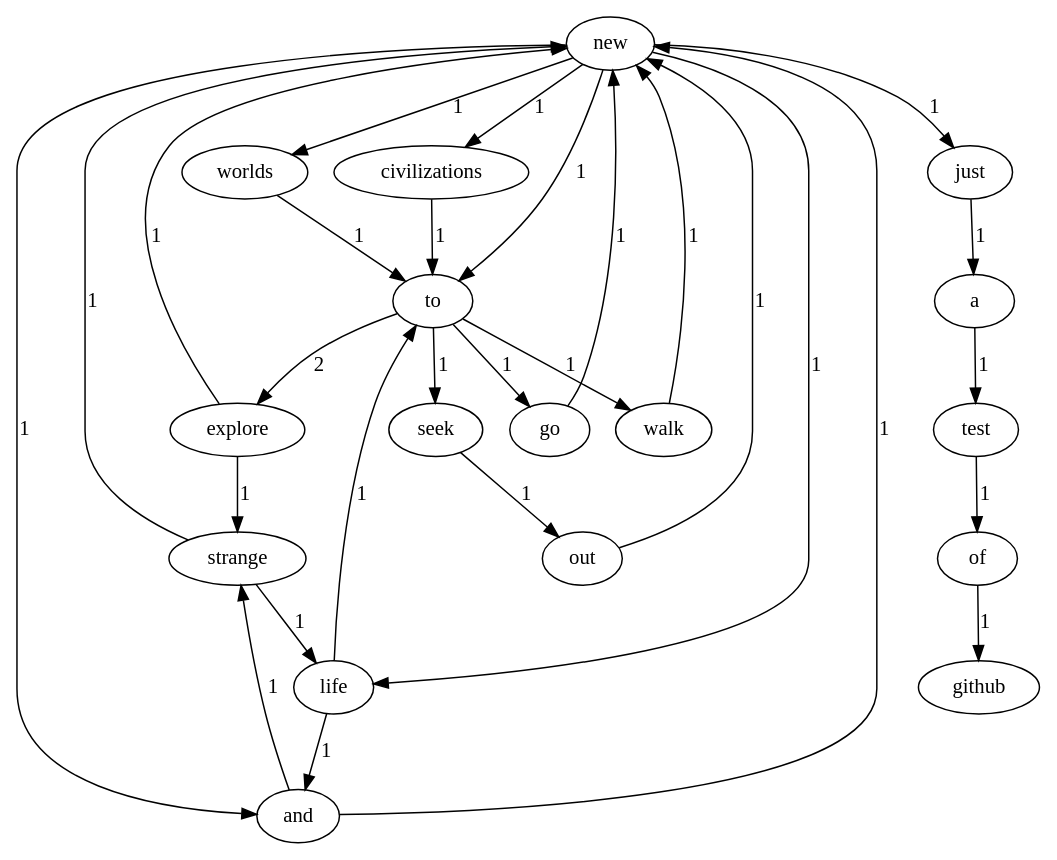
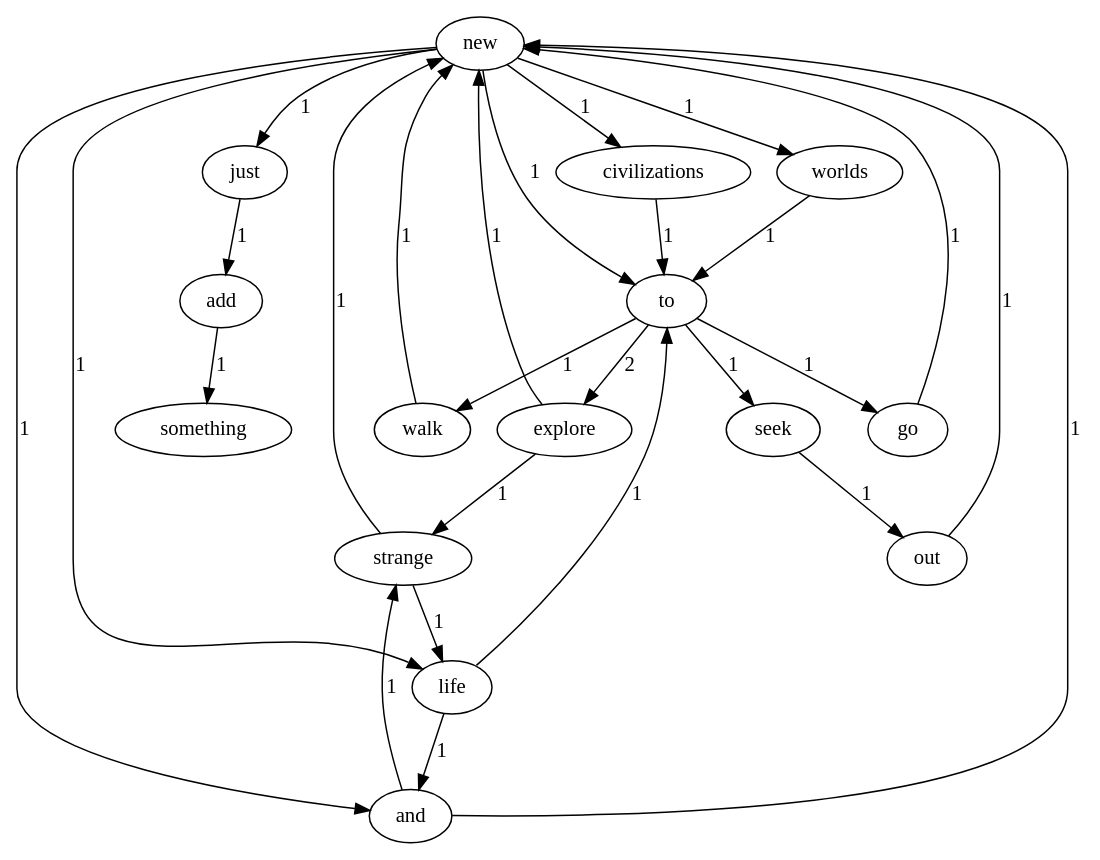
One commit to OBLiang/Lab1 changed the diagram in dotsource.dot. Above: the diagram before and after it, drawn with Graphviz. The commit also changed 11 other files, not shown here.

```diff
--- a/dotsource.dot
+++ b/dotsource.dot
@@ -1,2 +1,2 @@
 digraph G {
-new->worlds [ label = 1 ];new->life [ label = 1 ];new->and [ label = 1 ];new->to [ label = 1 ];new->civilizations [ label = 1 ];new->just [ label = 1 ];a->test [ label = 1 ];worlds->to [ label = 1 ];explore->new [ label = 1 ];explore->strange [ label = 1 ];test->of [ label = 1 ];go->new [ label = 1 ];seek->out [ label = 1 ];strange->new [ label = 1 ];strange->life [ label = 1 ];life->and [ label = 1 ];life->to [ label = 1 ];out->new [ label = 1 ];and->new [ label = 1 ];and->strange [ label = 1 ];of->github [ label = 1 ];to->explore [ label = 2 ];to->go [ label = 1 ];to->seek [ label = 1 ];to->walk [ label = 1 ];civilizations->to [ label = 1 ];just->a [ label = 1 ];walk->new [ label = 1 ];}
+add->something [ label = 1 ];new->worlds [ label = 1 ];new->life [ label = 1 ];new->and [ label = 1 ];new->to [ label = 1 ];new->civilizations [ label = 1 ];new->just [ label = 1 ];worlds->to [ label = 1 ];explore->new [ label = 1 ];explore->strange [ label = 1 ];go->new [ label = 1 ];seek->out [ label = 1 ];strange->new [ label = 1 ];strange->life [ label = 1 ];life->and [ label = 1 ];life->to [ label = 1 ];out->new [ label = 1 ];and->new [ label = 1 ];and->strange [ label = 1 ];to->explore [ label = 2 ];to->go [ label = 1 ];to->seek [ label = 1 ];to->walk [ label = 1 ];civilizations->to [ label = 1 ];just->add [ label = 1 ];walk->new [ label = 1 ];}
```
